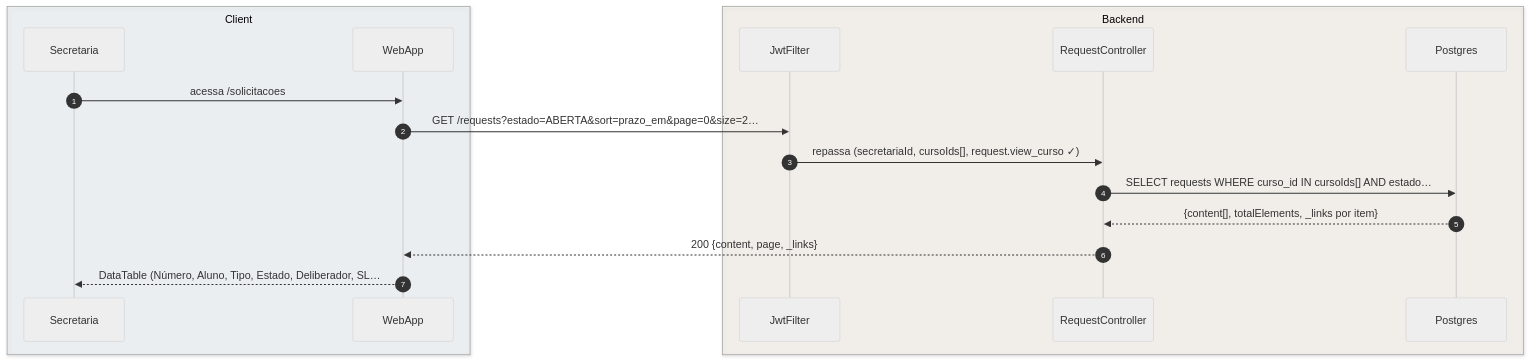
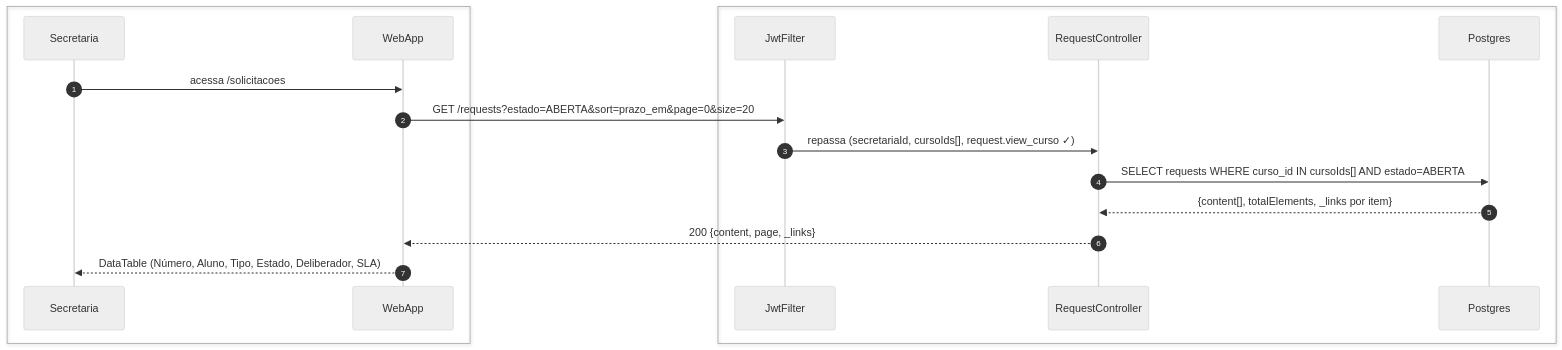
Before and after one commit to umishell/secretariaOnline2: the first of 7 diagrams in foundationDocs/sequenceDiagrams/F5 — Secretaria/US-F5-002-SOLICITACOES.md, drawn with Mermaid (neutral theme). The commit also changed other lines of this file and 70 other files, not shown here.

First line of the commit message:
Enhance database documentation and introduce new schema files

````diff
--- a/foundationDocs/sequenceDiagrams/F5 — Secretaria/US-F5-002-SOLICITACOES.md
+++ b/foundationDocs/sequenceDiagrams/F5 — Secretaria/US-F5-002-SOLICITACOES.md
@@ -61,21 +61,21 @@
 ```mermaid
 sequenceDiagram
     autonumber
-    box rgba(230,245,255,0.3) Client
+    box #e8f4fc Cliente
         participant Secretaria
         participant WebApp
     end
-    box rgba(255,245,230,0.3) Backend
+    box #fff8ee Servidor
         participant JwtFilter
         participant RequestController
         participant Postgres
     end
 
     Secretaria->>WebApp: acessa /solicitacoes
-    WebApp->>JwtFilter: GET /requests?estado=ABERTA&sort=prazo_em&page=0&size=2…
+    WebApp->>JwtFilter: GET /requests?estado=ABERTA&sort=prazo_em&page=0&size=20
     JwtFilter->>RequestController: repassa (secretariaId, cursoIds[], request.view_curso ✓)
-    RequestController->>Postgres: SELECT requests WHERE curso_id IN cursoIds[] AND estado…
+    RequestController->>Postgres: SELECT requests WHERE curso_id IN cursoIds[] AND estado=ABERTA
     Postgres-->>RequestController: {content[], totalElements, _links por item}
     RequestController-->>WebApp: 200 {content, page, _links}
-    WebApp-->>Secretaria: DataTable (Número, Aluno, Tipo, Estado, Deliberador, SL…
+    WebApp-->>Secretaria: DataTable (Número, Aluno, Tipo, Estado, Deliberador, SLA)
 ```
````
